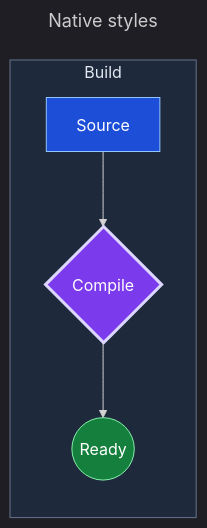
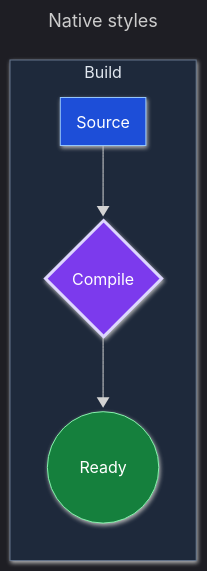
One commit to reardan/w changed the diagram in examples/mermaid/styled.mmd. Above: the diagram before and after it, drawn with Mermaid. The commit also changed 12 other files, not shown here.

First line of the commit message:
Mermaid: styling parity fixtures, example styles and styling docs

```diff
--- a/examples/mermaid/styled.mmd
+++ b/examples/mermaid/styled.mmd
@@ -1,14 +1,17 @@
 ---
 title: Native styles
 config:
   theme: dark
+  look: neo
+  fontSize: 15
+  themeCSS: ".action { font-weight: bold; }"
 ---
 flowchart LR
 subgraph Build
   Source[Source]:::input --> Compile{Compile}:::action
   Compile --> Ready((Ready)):::success
 end
 classDef input fill:#1d4ed8,stroke:#93c5fd,color:white
 classDef action fill:#7c3aed,stroke:#ddd6fe,color:white,stroke-width:3
 classDef success fill:#15803d,stroke:#86efac,color:white
 style Build fill:#1e293b,stroke:#64748b,color:#e2e8f0
```
